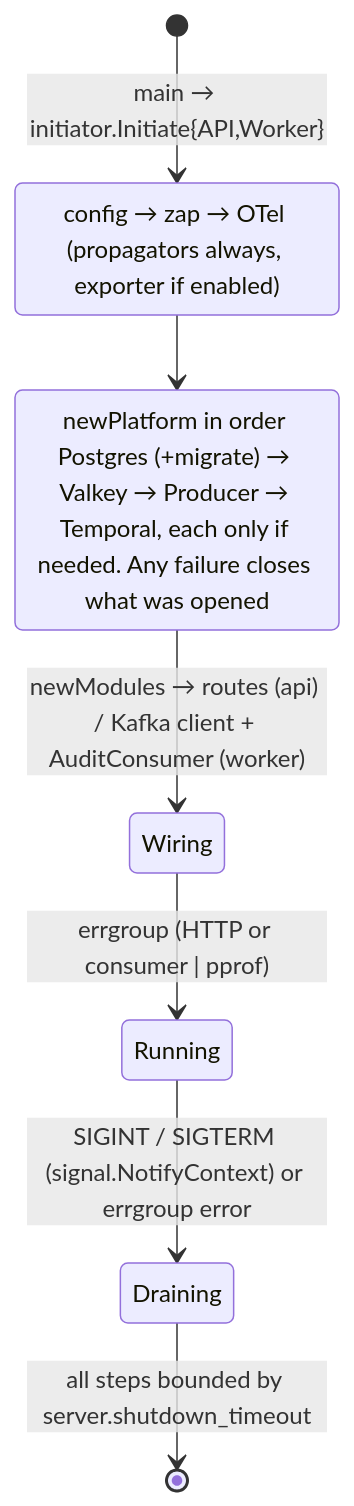
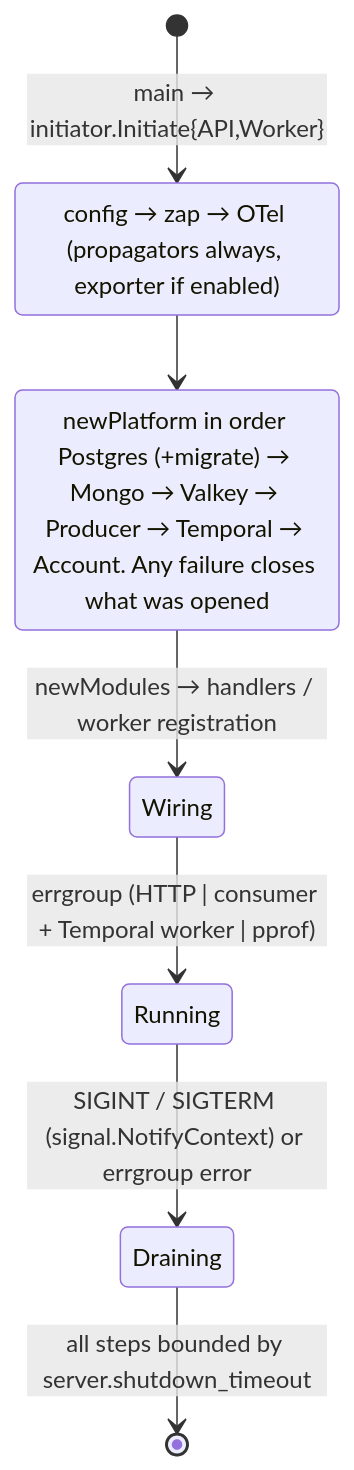
One commit to hunderaweke/dps-example-project changed the sixth of 8 diagrams in docs/architecture.md. Above: the diagram before and after it, drawn with Mermaid. The commit also changed other lines of this file and 129 other files, not shown here.

````diff
--- a/docs/architecture.md
+++ b/docs/architecture.md
@@ -223,11 +252,11 @@
 ```mermaid
 stateDiagram-v2
     [*] --> Bootstrap: main → initiator.Initiate{API,Worker}
     Bootstrap: config → zap → OTel (propagators always, exporter if enabled)
     Bootstrap --> Platform
-    Platform: newPlatform in order Postgres (+migrate) → Valkey → Producer → Temporal, each only if needed. Any failure closes what was opened
-    Platform --> Wiring: newModules → routes (api) / Kafka client + AuditConsumer (worker)
-    Wiring --> Running: errgroup (HTTP or consumer | pprof)
+    Platform: newPlatform in order Postgres (+migrate) → Mongo → Valkey → Producer → Temporal → Account. Any failure closes what was opened
+    Platform --> Wiring: newModules → handlers / worker registration
+    Wiring --> Running: errgroup (HTTP | consumer + Temporal worker | pprof)
     Running --> Draining: SIGINT / SIGTERM (signal.NotifyContext) or errgroup error
     Draining --> [*]: all steps bounded by server.shutdown_timeout
 ```
````
